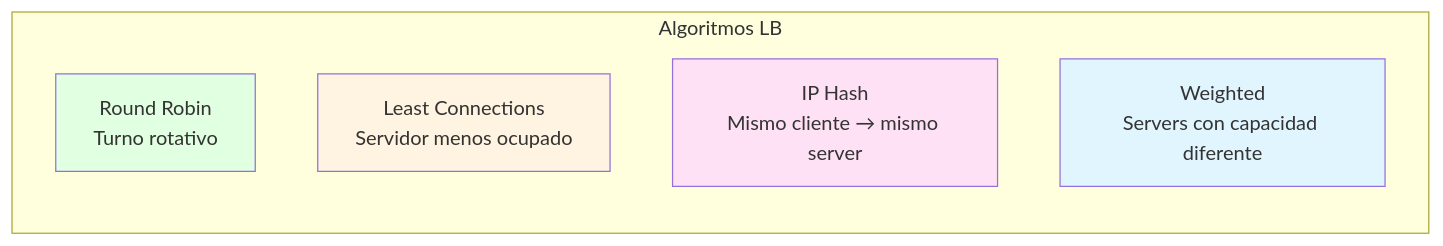
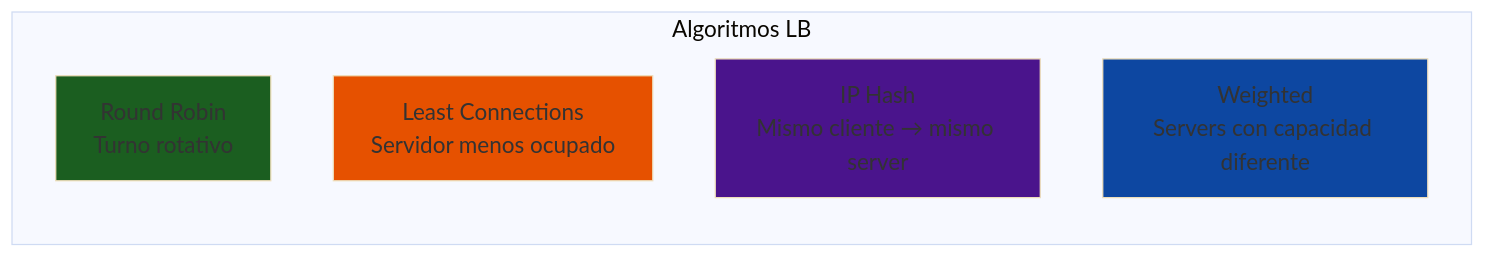
Before and after one commit to Ai-Whisperers/Courses-Content: the fifth of 20 diagrams in courses/🟡-development/FPUNA-2026/01-DESARROLLO-SOFTWARE/05-diseno-sistemas.md, drawn with Mermaid. The commit also changed other lines of this file and 47 other files, not shown here.

First line of the commit message:
fix: Make all 473 diagrams WCAG AAA accessible (FPUNA-2026)

````diff
--- a/courses/🟡-development/FPUNA-2026/01-DESARROLLO-SOFTWARE/05-diseno-sistemas.md
+++ b/courses/🟡-development/FPUNA-2026/01-DESARROLLO-SOFTWARE/05-diseno-sistemas.md
@@ -144,14 +148,15 @@
 ```mermaid
+%%{init: {'theme':'base', 'themeVariables': {'fontSize':'18px'}}}%%
 graph LR
     subgraph "Algoritmos LB"
         A[Round Robin<br/>Turno rotativo]
         B[Least Connections<br/>Servidor menos ocupado]
         C[IP Hash<br/>Mismo cliente → mismo server]
         D[Weighted<br/>Servers con capacidad diferente]
     end
     
-    style A fill:#E1FFE1
-    style B fill:#FFF4E1
-    style C fill:#FFE1F5
-    style D fill:#E1F5FF
+    style A fill:#1b5e20
+    style B fill:#e65100
+    style C fill:#4a148c
+    style D fill:#0d47a1
 ```
````
